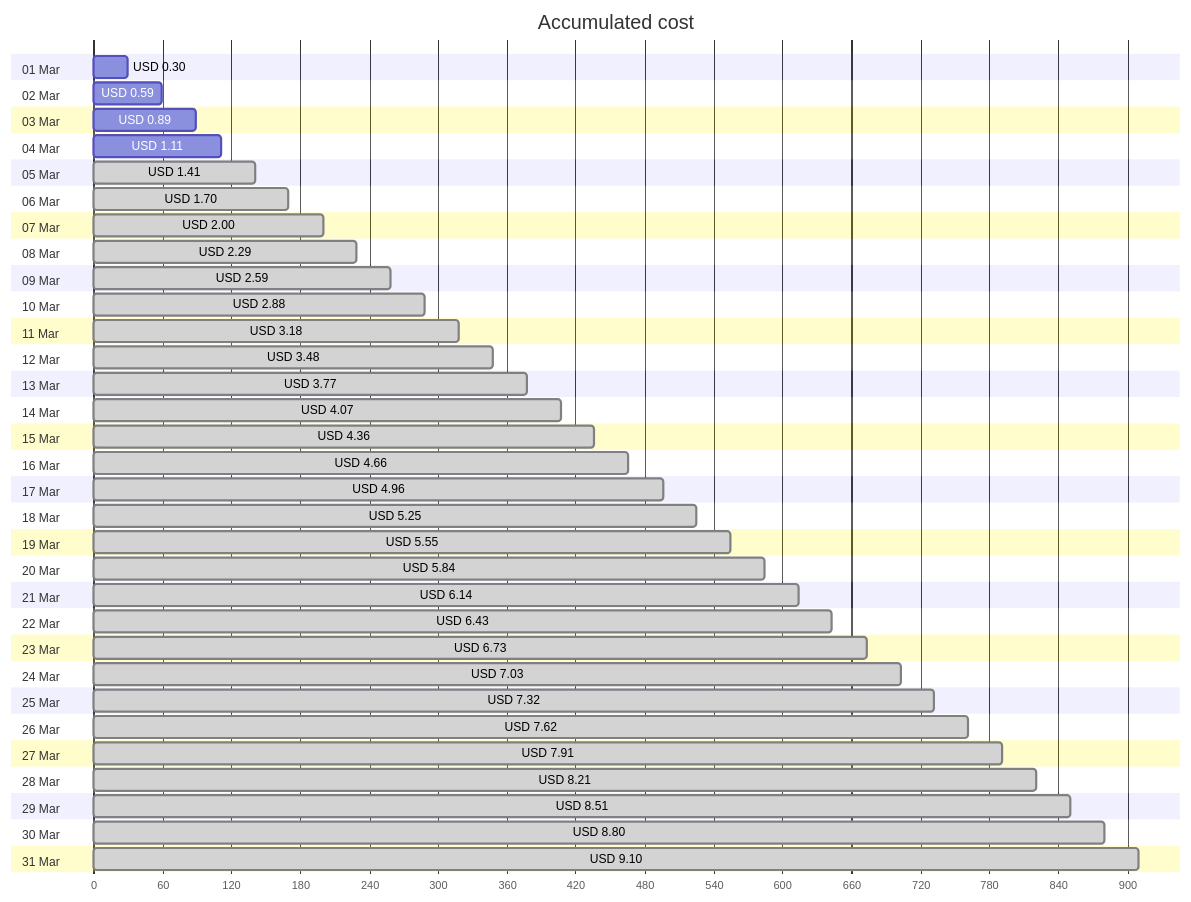
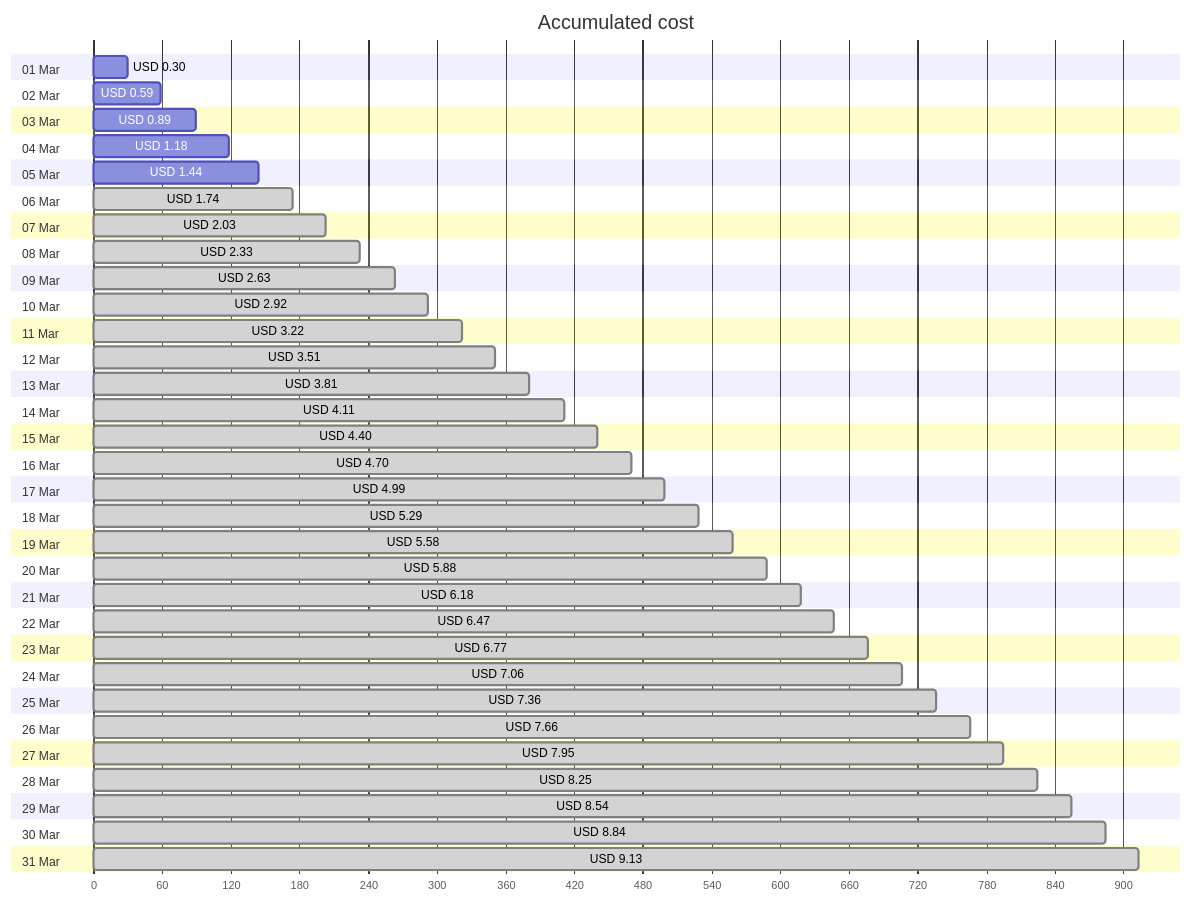
One commit to jpfulton/azure-personal-reports changed the first of 4 diagrams in cost-reports/personal-site/personal-site-preview.md. Above: the diagram before and after it, drawn with Mermaid. The commit also changed other lines of this file and 6 other files, not shown here.

````diff
--- a/cost-reports/personal-site/personal-site-preview.md
+++ b/cost-reports/personal-site/personal-site-preview.md
@@ -20,68 +20,68 @@
 ```mermaid
 gantt
    title Accumulated cost
    dateFormat  X
    axisFormat %s
    section 01 Mar
    USD 0.30 :0, 30
    section 02 Mar
    USD 0.59 :0, 59
    section 03 Mar
    USD 0.89 :0, 89
    section 04 Mar
-   USD 1.11 :0, 111
+   USD 1.18 :0, 118
    section 05 Mar
-   USD 1.41 : done, 0, 141
+   USD 1.44 :0, 144
    section 06 Mar
-   USD 1.70 : done, 0, 170
+   USD 1.74 : done, 0, 174
    section 07 Mar
-   USD 2.00 : done, 0, 200
+   USD 2.03 : done, 0, 203
    section 08 Mar
-   USD 2.29 : done, 0, 229
+   USD 2.33 : done, 0, 233
    section 09 Mar
-   USD 2.59 : done, 0, 259
+   USD 2.63 : done, 0, 263
    section 10 Mar
-   USD 2.88 : done, 0, 288
+   USD 2.92 : done, 0, 292
    section 11 Mar
-   USD 3.18 : done, 0, 318
+   USD 3.22 : done, 0, 322
    section 12 Mar
-   USD 3.48 : done, 0, 348
+   USD 3.51 : done, 0, 351
    section 13 Mar
-   USD 3.77 : done, 0, 377
+   USD 3.81 : done, 0, 381
    section 14 Mar
-   USD 4.07 : done, 0, 407
+   USD 4.11 : done, 0, 411
    section 15 Mar
-   USD 4.36 : done, 0, 436
+   USD 4.40 : done, 0, 440
    section 16 Mar
-   USD 4.66 : done, 0, 466
+   USD 4.70 : done, 0, 470
    section 17 Mar
-   USD 4.96 : done, 0, 496
+   USD 4.99 : done, 0, 499
    section 18 Mar
-   USD 5.25 : done, 0, 525
+   USD 5.29 : done, 0, 529
    section 19 Mar
-   USD 5.55 : done, 0, 555
+   USD 5.58 : done, 0, 558
    section 20 Mar
-   USD 5.84 : done, 0, 584
+   USD 5.88 : done, 0, 588
    section 21 Mar
-   USD 6.14 : done, 0, 614
+   USD 6.18 : done, 0, 618
    section 22 Mar
-   USD 6.43 : done, 0, 643
+   USD 6.47 : done, 0, 647
    section 23 Mar
-   USD 6.73 : done, 0, 673
+   USD 6.77 : done, 0, 677
    section 24 Mar
-   USD 7.03 : done, 0, 703
+   USD 7.06 : done, 0, 706
    section 25 Mar
-   USD 7.32 : done, 0, 732
+   USD 7.36 : done, 0, 736
    section 26 Mar
-   USD 7.62 : done, 0, 762
+   USD 7.66 : done, 0, 766
    section 27 Mar
-   USD 7.91 : done, 0, 791
+   USD 7.95 : done, 0, 795
    section 28 Mar
-   USD 8.21 : done, 0, 821
+   USD 8.25 : done, 0, 825
    section 29 Mar
-   USD 8.51 : done, 0, 851
+   USD 8.54 : done, 0, 854
    section 30 Mar
-   USD 8.80 : done, 0, 880
+   USD 8.84 : done, 0, 884
    section 31 Mar
-   USD 9.10 : done, 0, 910
+   USD 9.13 : done, 0, 913
 ```
````
